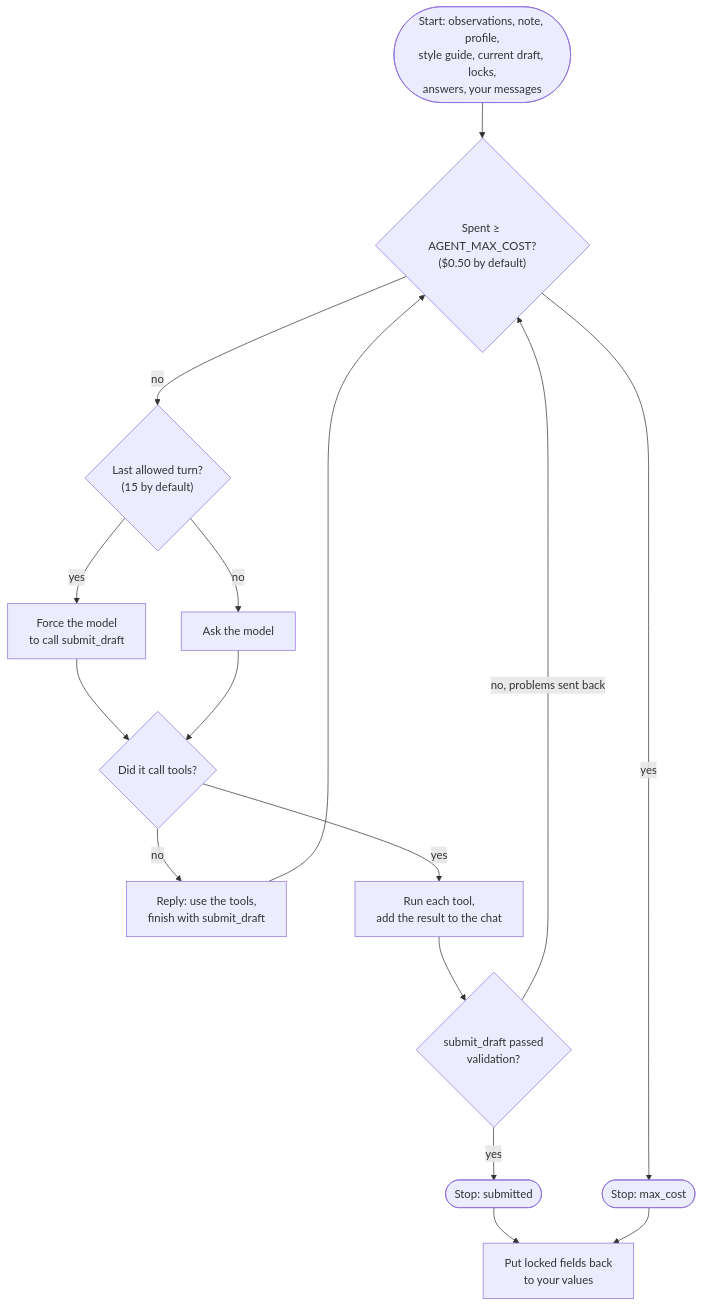
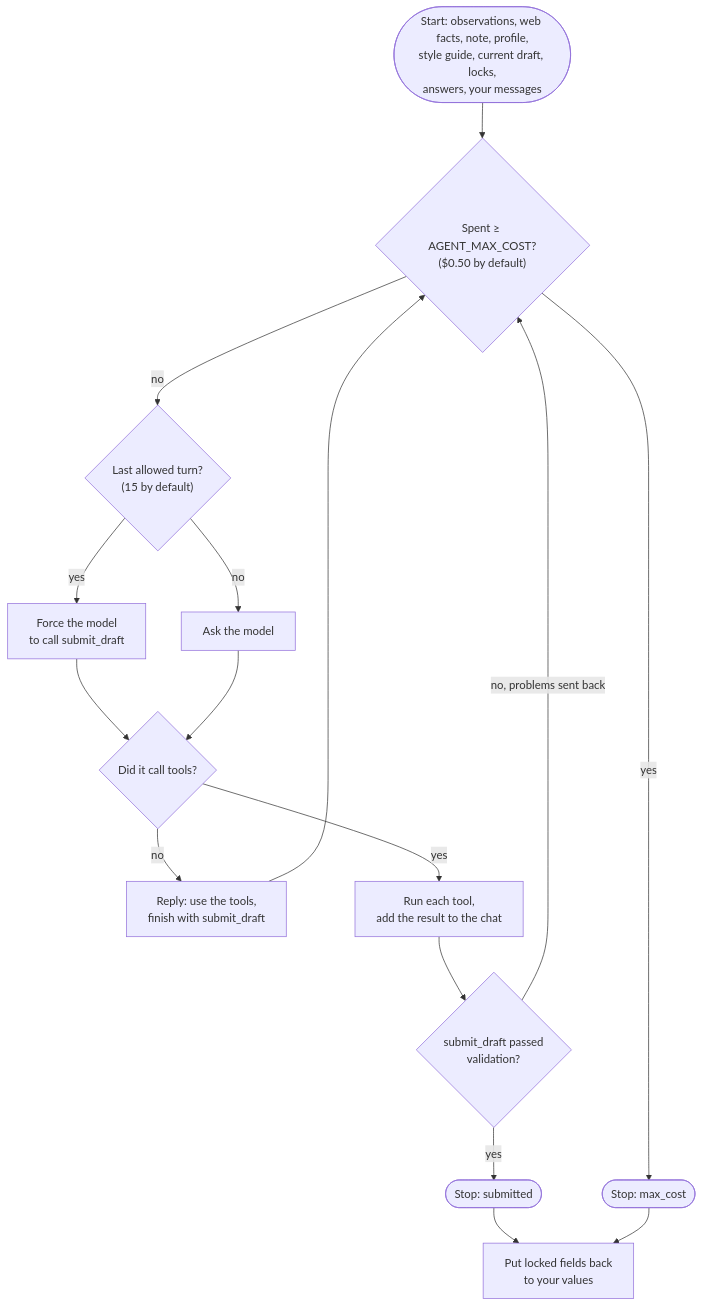
One commit to hsavovski/olx-auto changed the fourth of 6 diagrams in docs/GUIDE.md. Above: the diagram before and after it, drawn with Mermaid. The commit also changed other lines of this file and 14 other files, not shown here.

````diff
--- a/docs/GUIDE.md
+++ b/docs/GUIDE.md
@@ -172,17 +181,17 @@
 ```mermaid
 flowchart TD
-  start(["Start: observations, note, profile,<br/>style guide, current draft, locks,<br/>answers, your messages"]) --> cost{"Spent ≥ AGENT_MAX_COST?<br/>($0.50 by default)"}
+  start(["Start: observations, web facts, note, profile,<br/>style guide, current draft, locks,<br/>answers, your messages"]) --> cost{"Spent ≥ AGENT_MAX_COST?<br/>($0.50 by default)"}
   cost -->|yes| stopcost(["Stop: max_cost"])
   cost -->|no| last{"Last allowed turn?<br/>(15 by default)"}
   last -->|yes| force["Force the model<br/>to call submit_draft"]
   last -->|no| ask["Ask the model"]
   force --> reply
   ask --> reply{"Did it call tools?"}
   reply -->|no| nudge["Reply: use the tools,<br/>finish with submit_draft"] --> cost
   reply -->|yes| run["Run each tool,<br/>add the result to the chat"]
   run --> ok{"submit_draft passed<br/>validation?"}
   ok -->|"no, problems sent back"| cost
   ok -->|yes| done(["Stop: submitted"])
   done --> locks["Put locked fields back<br/>to your values"]
   stopcost --> locks
 ```
````
